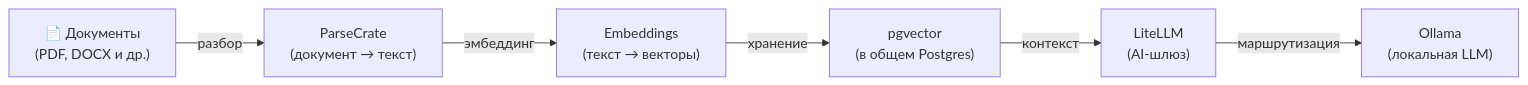
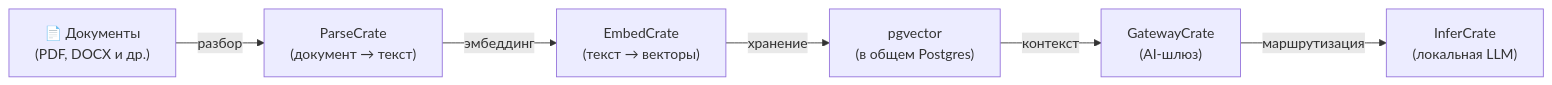
One commit to hwdsl2/self-hosted-ai-stack changed the diagram in stacks/rag-pipeline-full/README-ru.md. Above: the diagram before and after it, drawn with Mermaid. The commit also changed other lines of this file and 47 other files, not shown here.

````diff
--- a/stacks/rag-pipeline-full/README-ru.md
+++ b/stacks/rag-pipeline-full/README-ru.md
@@ -17,8 +17,8 @@
 ```mermaid
 graph LR
     D["📄 Документы<br/>(PDF, DOCX и др.)"] -->|разбор| DC["ParseCrate<br/>(документ → текст)"]
-    DC -->|эмбеддинг| E["Embeddings<br/>(текст → векторы)"]
+    DC -->|эмбеддинг| E["EmbedCrate<br/>(текст → векторы)"]
     E -->|хранение| VDB["pgvector<br/>(в общем Postgres)"]
-    VDB -->|контекст| L["LiteLLM<br/>(AI-шлюз)"]
-    L -->|маршрутизация| O["Ollama<br/>(локальная LLM)"]
+    VDB -->|контекст| L["GatewayCrate<br/>(AI-шлюз)"]
+    L -->|маршрутизация| O["InferCrate<br/>(локальная LLM)"]
 ```
````
